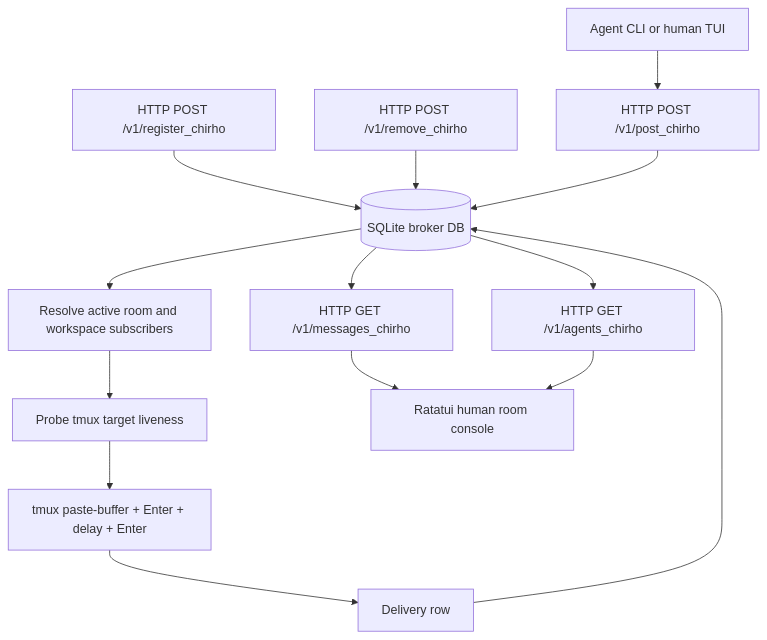
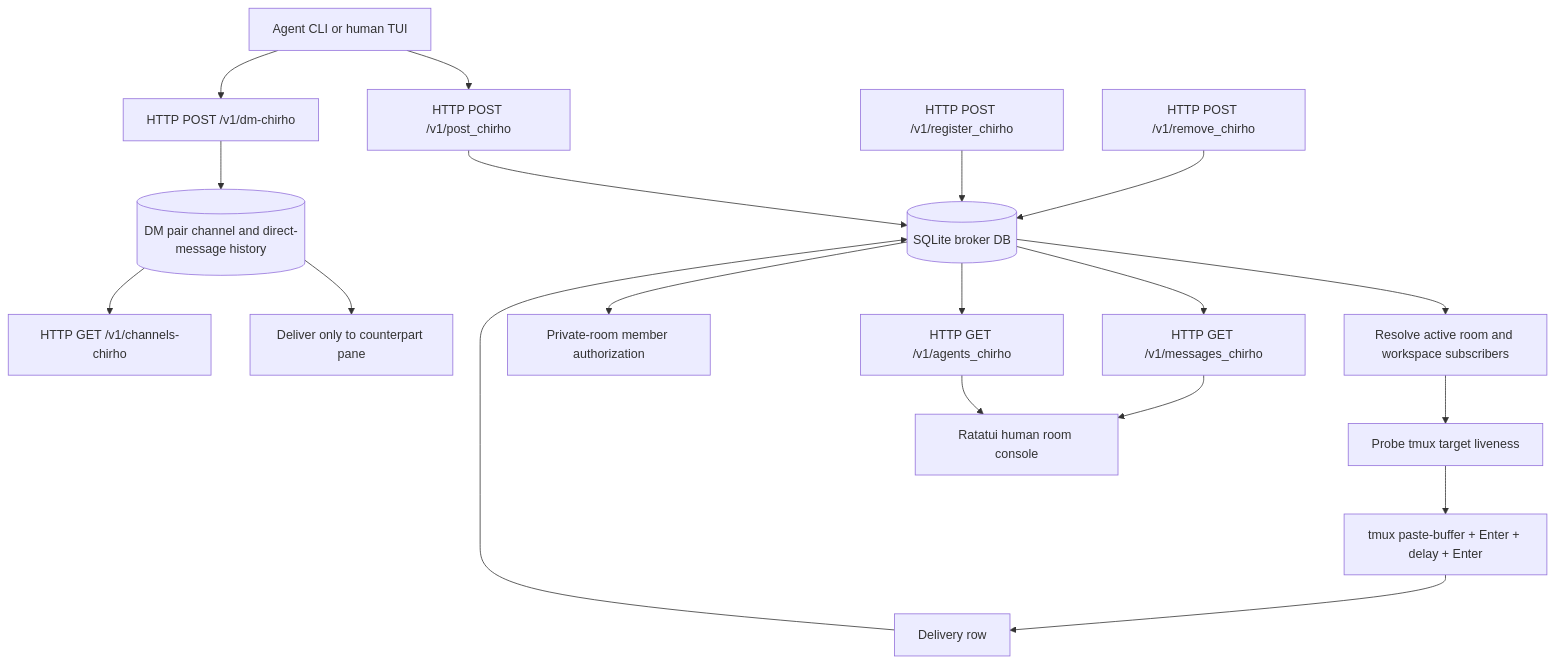
The diagram in spec-chirho/workflows-chirho/metropoleluya-http-broker-flow-chirho.md (loveJesus/metropoleluya-chirho), drawn with Mermaid before and after one commit. The commit also changed 14 other files, not shown here.

Commit message:
Add private channels and fleet inspection

````diff
--- a/spec-chirho/workflows-chirho/metropoleluya-http-broker-flow-chirho.md
+++ b/spec-chirho/workflows-chirho/metropoleluya-http-broker-flow-chirho.md
@@ -5,16 +5,21 @@
 ```mermaid
 flowchart TD
-    agent_chirho[Agent CLI or human TUI] --> post_chirho[HTTP POST /v1/post_chirho]
+agent_chirho[Agent CLI or human TUI] --> post_chirho[HTTP POST /v1/post_chirho]
+agent_chirho --> dm_chirho[HTTP POST /v1/dm-chirho]
     register_chirho[HTTP POST /v1/register_chirho] --> db_chirho[(SQLite broker DB)]
     remove_chirho[HTTP POST /v1/remove_chirho] --> db_chirho
-    post_chirho --> db_chirho
+post_chirho --> db_chirho
+dm_chirho --> private_db_chirho[(DM pair channel and direct-message history)]
+private_db_chirho --> direct_delivery_chirho[Deliver only to counterpart pane]
     db_chirho --> select_chirho[Resolve active room and workspace subscribers]
     select_chirho --> live_chirho[Probe tmux target liveness]
     live_chirho --> deliver_chirho[tmux paste-buffer + Enter + delay + Enter]
     deliver_chirho --> delivery_log_chirho[Delivery row]
     delivery_log_chirho --> db_chirho
     db_chirho --> watch_chirho[HTTP GET /v1/messages_chirho]
-    db_chirho --> agents_chirho[HTTP GET /v1/agents_chirho]
+db_chirho --> agents_chirho[HTTP GET /v1/agents_chirho]
+db_chirho --> authorized_read_chirho[Private-room member authorization]
+private_db_chirho --> discovery_chirho[HTTP GET /v1/channels-chirho]
     watch_chirho --> board_chirho[Ratatui human room console]
     agents_chirho --> board_chirho
 ```
````
